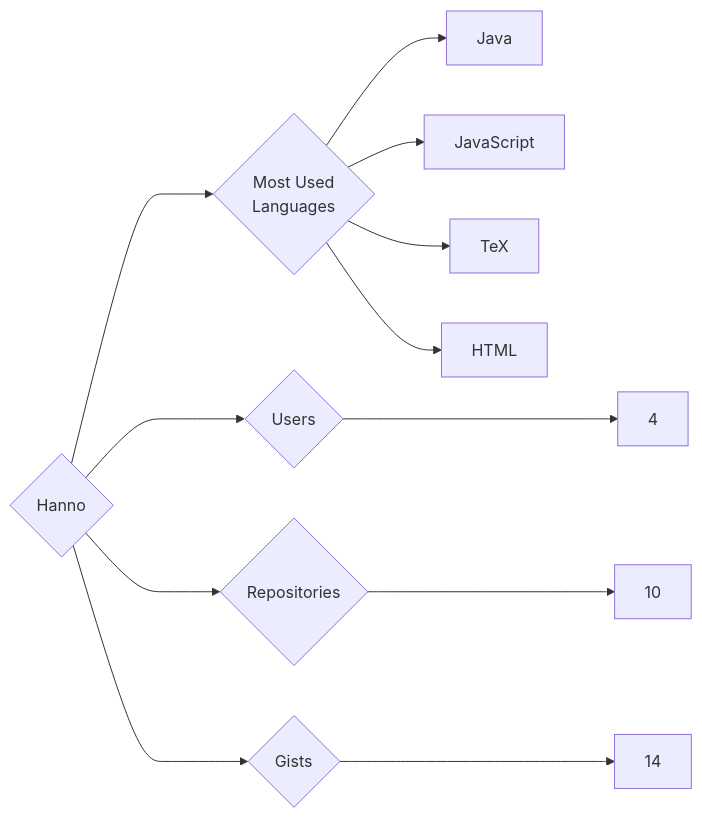
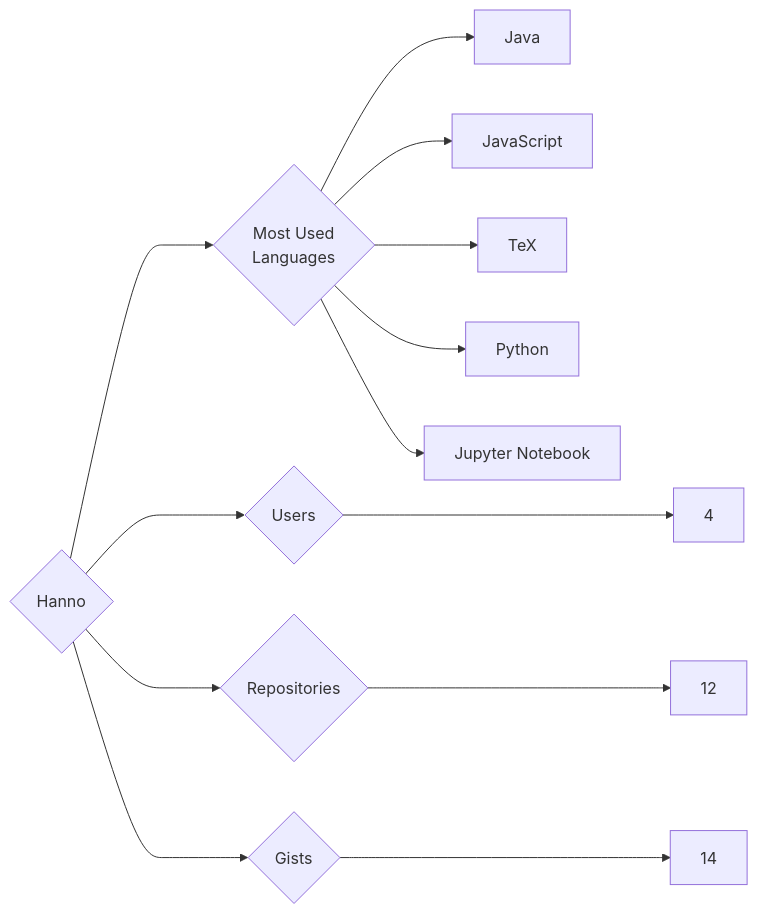
The diagram in targets/Hanno/README.md (trickest/insiders), drawn with Mermaid before and after one commit. The commit also changed 934 other files, not shown here.

````diff
--- a/targets/Hanno/README.md
+++ b/targets/Hanno/README.md
@@ -3,12 +3,13 @@
 ```mermaid
 graph LR
 COMPANY_NAME{Hanno}
 COMPANY_NAME ---> U{Users} ---> UN[4]
-COMPANY_NAME ---> R{Repositories} ---> RN[10]
+COMPANY_NAME ---> R{Repositories} ---> RN[12]
 COMPANY_NAME ---> G{Gists} ---> GN[14]
 COMPANY_NAME ---> ML{Most Used<br>Languages}
 ML --> Java[Java]
 ML --> JavaScript[JavaScript]
 ML --> TeX[TeX]
-ML --> HTML[HTML]
+ML --> Python[Python]
+ML --> Jupyter_Notebook[Jupyter Notebook]
 ```
````
